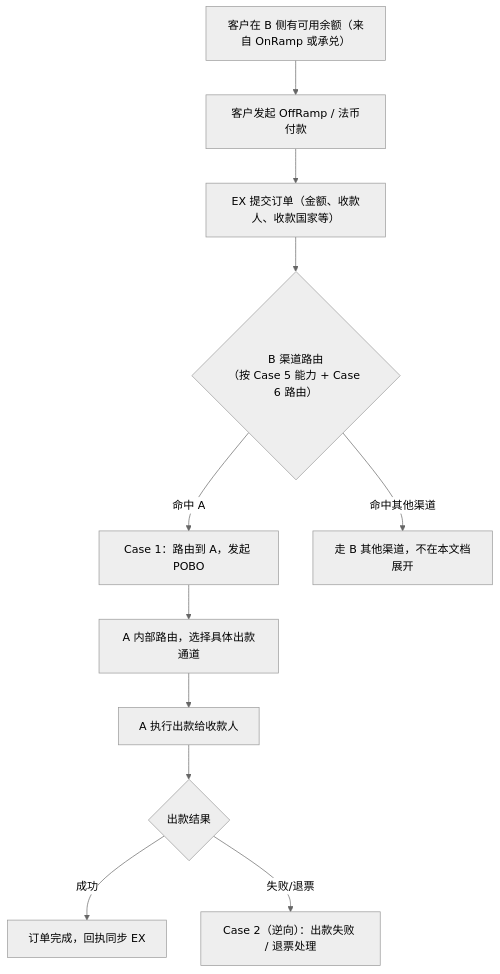
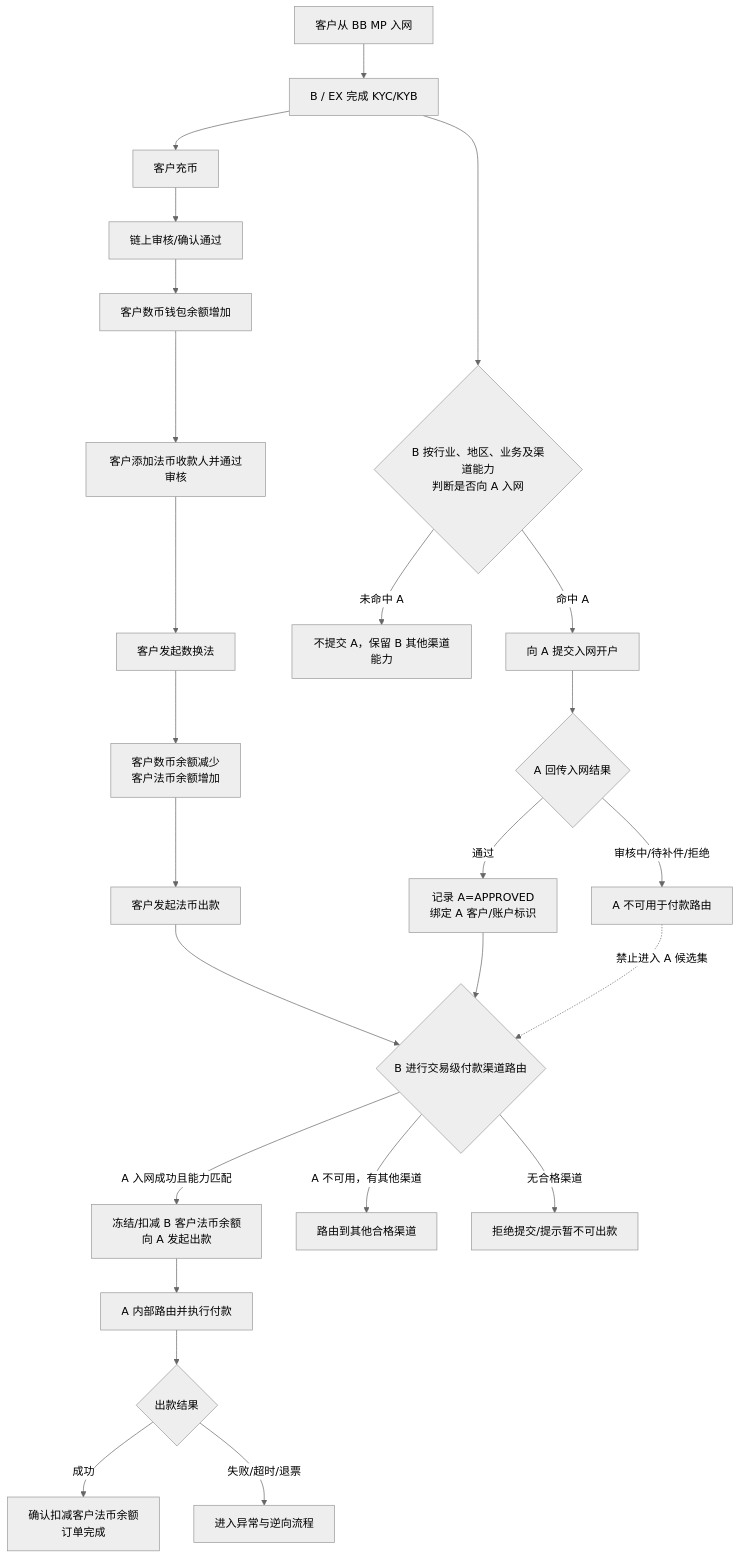
One commit to xiaoxiaoangie/EX-NEW changed the first of 3 diagrams in ABSolutions/B-A/AB互通-OffRamp方案.md. Above: the diagram before and after it, drawn with Mermaid (neutral theme). The commit also changed other lines of this file and 20 other files, not shown here.

````diff
--- a/ABSolutions/B-A/AB互通-OffRamp方案.md
+++ b/ABSolutions/B-A/AB互通-OffRamp方案.md
@@ -18,14 +100,28 @@
 ```mermaid
 flowchart TD
-    BAL["客户在 B 侧有可用余额（来自 OnRamp 或承兑）"] --> INIT["客户发起 OffRamp / 法币付款"]
-    INIT --> EXORD["EX 提交订单（金额、收款人、收款国家等）"]
-    EXORD --> ROUTE{"B 渠道路由<br/>（按 Case 5 能力 + Case 6 路由）"}
-    ROUTE -->|"命中 A"| TOA["Case 1：路由到 A，发起 POBO"]
-    ROUTE -->|"命中其他渠道"| OTH["走 B 其他渠道，不在本文档展开"]
+    C["客户从 BB MP 入网"] --> BKYC["B / EX 完成 KYC/KYB"]
+    BKYC --> BR{"B 按行业、地区、业务及渠道能力<br/>判断是否向 A 入网"}
+    BR -->|"命中 A"| AON["向 A 提交入网开户"]
+    BR -->|"未命中 A"| BO["不提交 A，保留 B 其他渠道能力"]
+    AON --> AR{"A 回传入网结果"}
+    AR -->|"通过"| AE["记录 A=APPROVED<br/>绑定 A 客户/账户标识"]
+    AR -->|"审核中/待补件/拒绝"| AN["A 不可用于付款路由"]
 
-    TOA --> AROUTE["A 内部路由，选择具体出款通道"]
-    AROUTE --> PAYOUT["A 执行出款给收款人"]
-    PAYOUT --> RESULT{"出款结果"}
-    RESULT -->|成功| DONE["订单完成，回执同步 EX"]
-    RESULT -->|失败/退票| REV["Case 2（逆向）：出款失败 / 退票处理"]
+    BKYC --> DEP["客户充币"]
+    DEP --> CONF["链上审核/确认通过"]
+    CONF --> DBAL["客户数币钱包余额增加"]
+    DBAL --> BEN["客户添加法币收款人并通过审核"]
+    BEN --> FX["客户发起数换法"]
+    FX --> FXOK["客户数币余额减少<br/>客户法币余额增加"]
+    FXOK --> PAY["客户发起法币出款"]
+    PAY --> PR{"B 进行交易级付款渠道路由"}
+    AE --> PR
+    AN -.->|"禁止进入 A 候选集"| PR
+    PR -->|"A 入网成功且能力匹配"| AF["冻结/扣减 B 客户法币余额<br/>向 A 发起出款"]
+    PR -->|"A 不可用，有其他渠道"| OTHER["路由到其他合格渠道"]
+    PR -->|"无合格渠道"| STOP["拒绝提交/提示暂不可出款"]
+    AF --> AROUTE["A 内部路由并执行付款"]
+    AROUTE --> R{"出款结果"}
+    R -->|"成功"| SUCCESS["确认扣减客户法币余额<br/>订单完成"]
+    R -->|"失败/超时/退票"| EXC["进入异常与逆向流程"]
 ```
````
